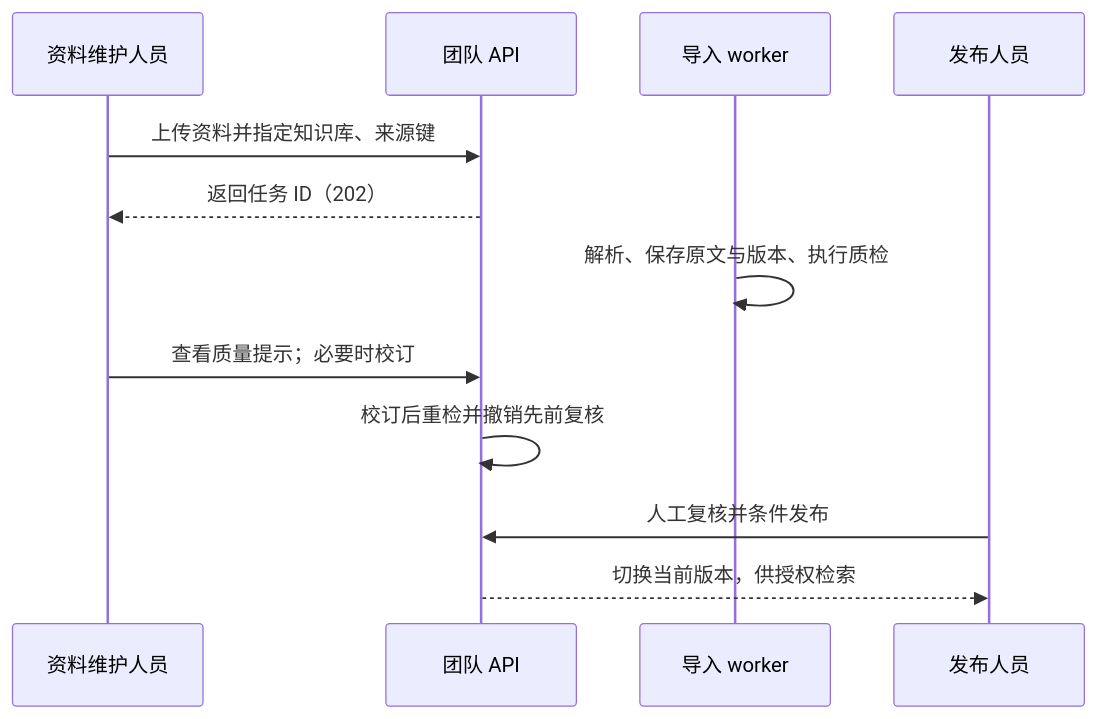
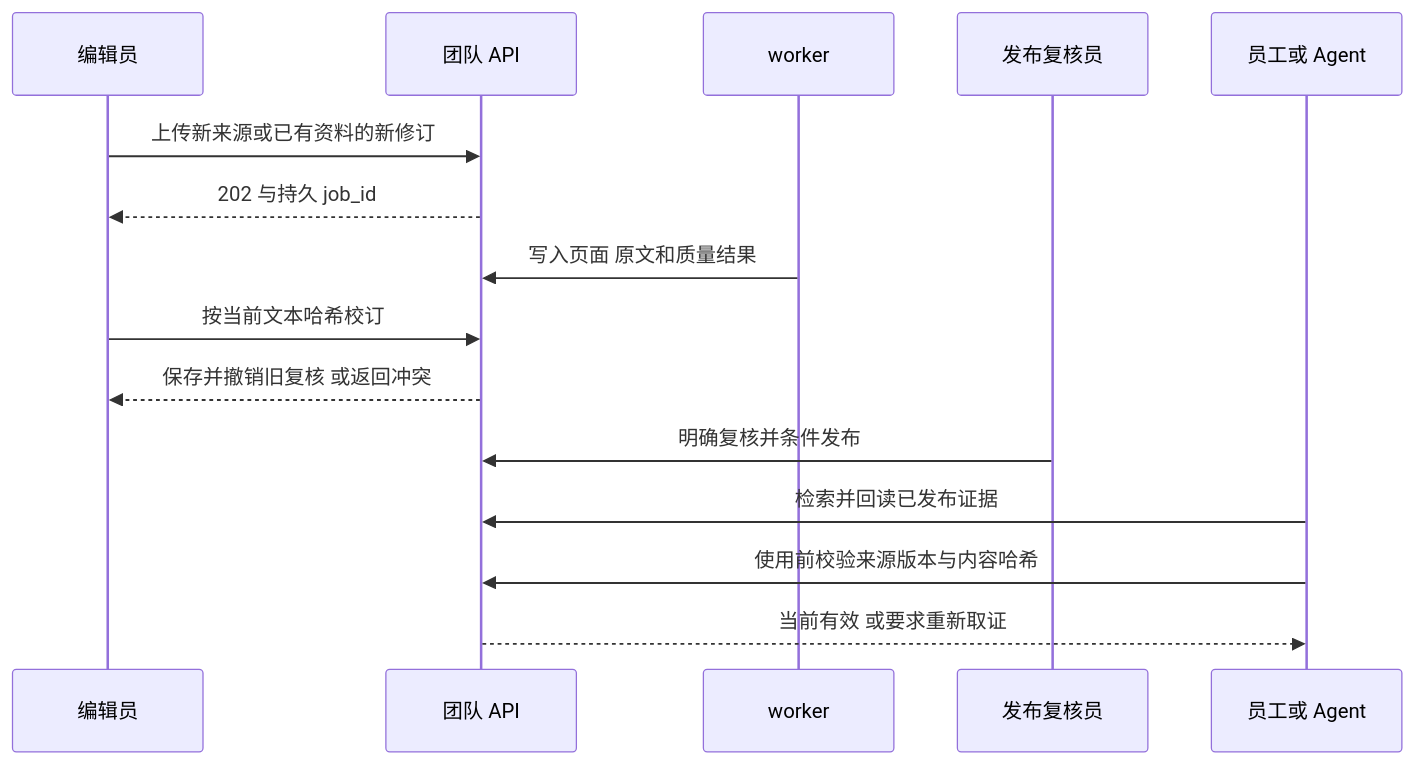
One commit to kayaduster607-jpg/zhiwiki-data-platform changed the second of 2 diagrams in README.md. Above: the diagram before and after it, drawn with Mermaid. The commit also changed other lines of this file and 10 other files, not shown here.

````diff
--- a/README.md
+++ b/README.md
@@ -70,14 +72,17 @@
 ```mermaid
 sequenceDiagram
-    participant Editor as 资料维护人员
-    participant API as 团队 API
-    participant Worker as 导入 worker
-    participant Publisher as 发布人员
-    Editor->>API: 上传资料并指定知识库、来源键
-    API-->>Editor: 返回任务 ID（202）
-    Worker->>Worker: 解析、保存原文与版本、执行质检
-    Editor->>API: 查看质量提示；必要时校订
-    API->>API: 校订后重检并撤销先前复核
-    Publisher->>API: 人工复核并条件发布
-    API-->>Publisher: 切换当前版本，供授权检索
+    participant E as 编辑员
+    participant A as 团队 API
+    participant W as worker
+    participant P as 发布复核员
+    participant G as 员工或 Agent
+    E->>A: 上传新来源或已有资料的新修订
+    A-->>E: 202 与持久 job_id
+    W->>A: 写入页面 原文和质量结果
+    E->>A: 按当前文本哈希校订
+    A-->>E: 保存并撤销旧复核 或返回冲突
+    P->>A: 明确复核并条件发布
+    G->>A: 检索并回读已发布证据
+    G->>A: 使用前校验来源版本与内容哈希
+    A-->>G: 当前有效 或要求重新取证
 ```
````
